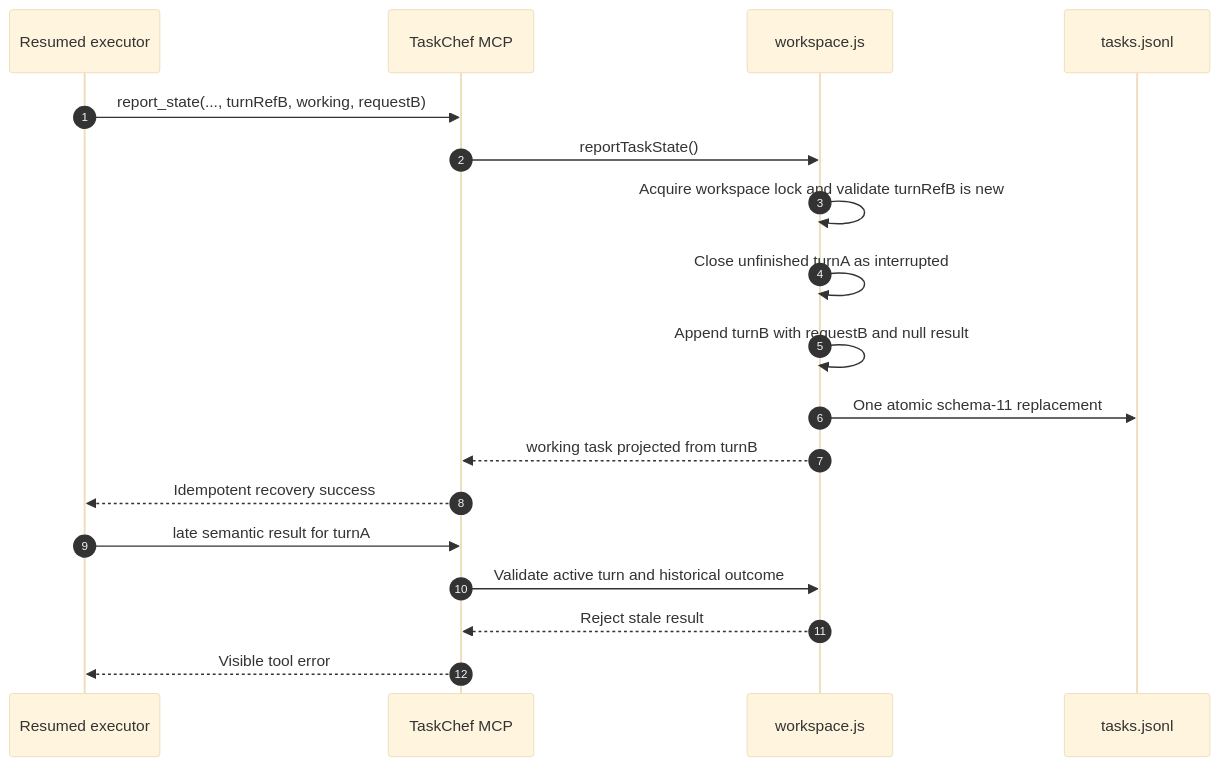
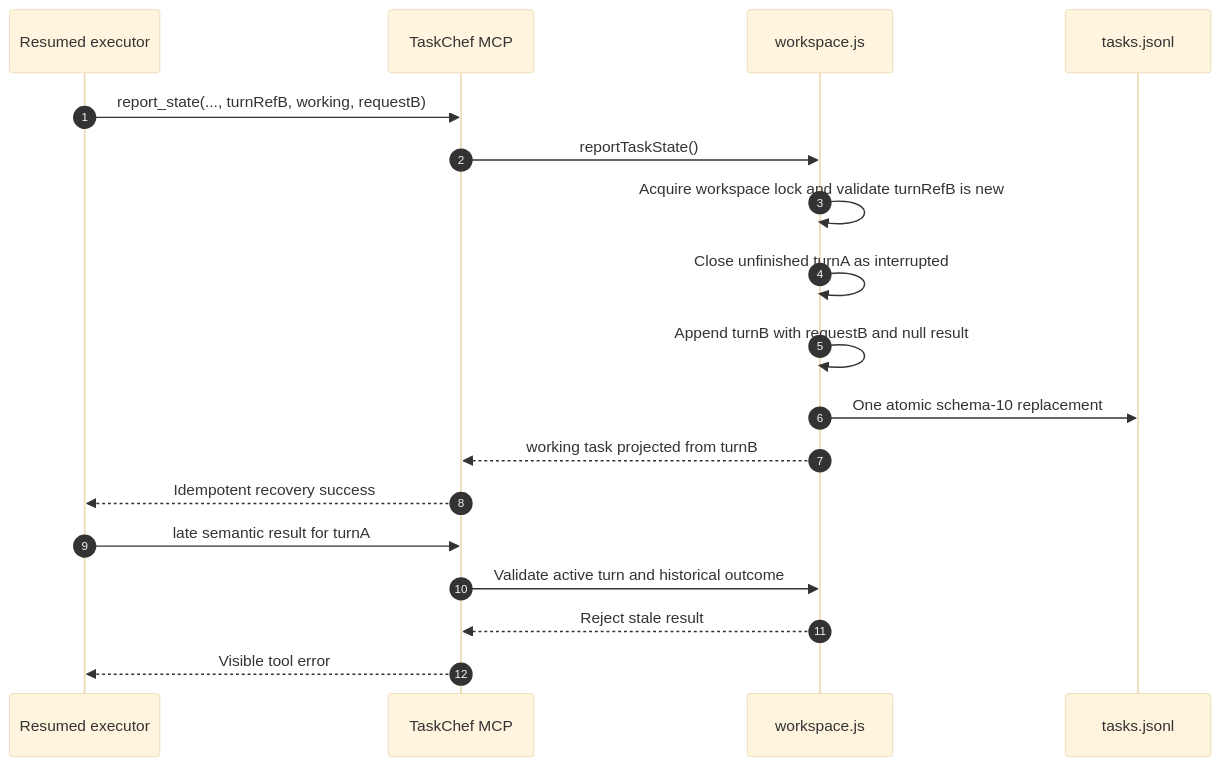
One commit to favoyang/taskchef changed the fifth of 8 diagrams in docs/workflows.md. Above: the diagram before and after it, drawn with Mermaid (base theme). The commit also changed other lines of this file and 31 other files, not shown here.

````diff
--- a/docs/workflows.md
+++ b/docs/workflows.md
@@ -308,20 +273,20 @@
 ```mermaid
 sequenceDiagram
   autonumber
   participant E as Resumed executor
   participant M as TaskChef MCP
   participant W as workspace.js
   participant F as tasks.jsonl
   E->>M: report_state(..., turnRefB, working, requestB)
   M->>W: reportTaskState()
   W->>W: Acquire workspace lock and validate turnRefB is new
   W->>W: Close unfinished turnA as interrupted
   W->>W: Append turnB with requestB and null result
-  W->>F: One atomic schema-11 replacement
+  W->>F: One atomic schema-10 replacement
   W-->>M: working task projected from turnB
   M-->>E: Idempotent recovery success
   E->>M: late semantic result for turnA
   M->>W: Validate active turn and historical outcome
   W-->>M: Reject stale result
   M-->>E: Visible tool error
 ```
````
